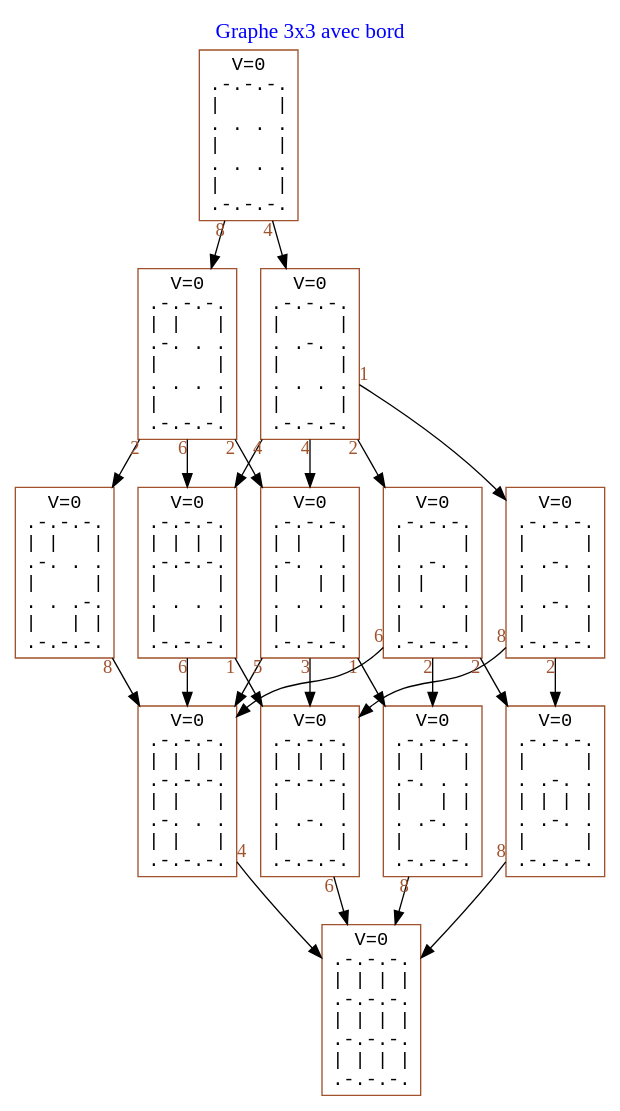
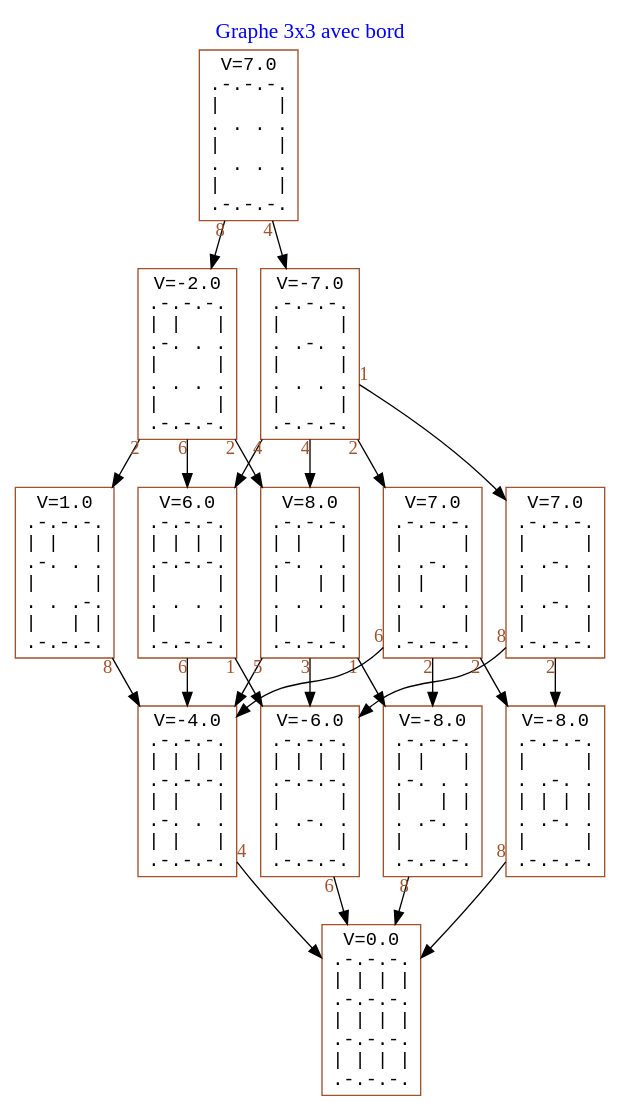
The diagram in autre/Graphe/Graphe_3x3_avec_bord.dot (Lumenol/Projet_Info), drawn with Graphviz before and after one commit. The commit also changed 9 other files, not shown here.

Commit message:
Génération des poids V et graph to pip

```diff
--- a/autre/Graphe/Graphe_3x3_avec_bord.dot
+++ b/autre/Graphe/Graphe_3x3_avec_bord.dot
@@ -1,57 +1,57 @@
 digraph default{graph[labelloc="t" fontsize=16 fontcolor="blue"
 label="Graphe 3x3 avec bord"]
 
 node [shape=box fontname = "Courier New" color="sienna"]
 edge [fontname = "Times" fontcolor="sienna"]
 
-0 [label="V=0\n.-.-.-.\n|     |\n. . . .\n|     |\n. . . .\n|     |\n.-.-.-.\n"]
+0 [label="V=7.0\n.-.-.-.\n|     |\n. . . .\n|     |\n. . . .\n|     |\n.-.-.-.\n"]
 0 -> 2 [taillabel="8"]
 0 -> 65 [taillabel="4"]
 
-2 [label="V=0\n.-.-.-.\n| |   |\n.-. . .\n|     |\n. . . .\n|     |\n.-.-.-.\n"]
+2 [label="V=-2.0\n.-.-.-.\n| |   |\n.-. . .\n|     |\n. . . .\n|     |\n.-.-.-.\n"]
 2 -> 29 [taillabel="2"]
 2 -> 4 [taillabel="6"]
 2 -> 51 [taillabel="2"]
 
-4 [label="V=0\n.-.-.-.\n| | | |\n.-.-.-.\n|     |\n. . . .\n|     |\n.-.-.-.\n"]
+4 [label="V=6.0\n.-.-.-.\n| | | |\n.-.-.-.\n|     |\n. . . .\n|     |\n.-.-.-.\n"]
 4 -> 15 [taillabel="1"]
 4 -> 6 [taillabel="6"]
 
-6 [label="V=0\n.-.-.-.\n| | | |\n.-.-.-.\n| |   |\n.-. . .\n| |   |\n.-.-.-.\n"]
+6 [label="V=-4.0\n.-.-.-.\n| | | |\n.-.-.-.\n| |   |\n.-. . .\n| |   |\n.-.-.-.\n"]
 6 -> 8 [taillabel="4"]
 
-8 [label="V=0\n.-.-.-.\n| | | |\n.-.-.-.\n| | | |\n.-.-.-.\n| | | |\n.-.-.-.\n"]
+8 [label="V=0.0\n.-.-.-.\n| | | |\n.-.-.-.\n| | | |\n.-.-.-.\n| | | |\n.-.-.-.\n"]
 
-15 [label="V=0\n.-.-.-.\n| | | |\n.-.-.-.\n|     |\n. .-. .\n|     |\n.-.-.-.\n"]
+15 [label="V=-6.0\n.-.-.-.\n| | | |\n.-.-.-.\n|     |\n. .-. .\n|     |\n.-.-.-.\n"]
 15 -> 8 [taillabel="6"]
 
-29 [label="V=0\n.-.-.-.\n| |   |\n.-. . .\n|   | |\n. . . .\n|     |\n.-.-.-.\n"]
+29 [label="V=8.0\n.-.-.-.\n| |   |\n.-. . .\n|   | |\n. . . .\n|     |\n.-.-.-.\n"]
 29 -> 15 [taillabel="3"]
 29 -> 6 [taillabel="5"]
 29 -> 36 [taillabel="1"]
 
-36 [label="V=0\n.-.-.-.\n| |   |\n.-. . .\n|   | |\n. .-. .\n|     |\n.-.-.-.\n"]
+36 [label="V=-8.0\n.-.-.-.\n| |   |\n.-. . .\n|   | |\n. .-. .\n|     |\n.-.-.-.\n"]
 36 -> 8 [taillabel="8"]
 
-51 [label="V=0\n.-.-.-.\n| |   |\n.-. . .\n|     |\n. . .-.\n|   | |\n.-.-.-.\n"]
+51 [label="V=1.0\n.-.-.-.\n| |   |\n.-. . .\n|     |\n. . .-.\n|   | |\n.-.-.-.\n"]
 51 -> 6 [taillabel="8"]
 
-65 [label="V=0\n.-.-.-.\n|     |\n. .-. .\n|     |\n. . . .\n|     |\n.-.-.-.\n"]
+65 [label="V=-7.0\n.-.-.-.\n|     |\n. .-. .\n|     |\n. . . .\n|     |\n.-.-.-.\n"]
 65 -> 94 [taillabel="1"]
 65 -> 29 [taillabel="4"]
 65 -> 4 [taillabel="4"]
 65 -> 71 [taillabel="2"]
 
-71 [label="V=0\n.-.-.-.\n|     |\n. .-. .\n| |   |\n. . . .\n|     |\n.-.-.-.\n"]
+71 [label="V=7.0\n.-.-.-.\n|     |\n. .-. .\n| |   |\n. . . .\n|     |\n.-.-.-.\n"]
 71 -> 6 [taillabel="6"]
 71 -> 77 [taillabel="2"]
 71 -> 36 [taillabel="2"]
 
-77 [label="V=0\n.-.-.-.\n|     |\n. .-. .\n| | | |\n. .-. .\n|     |\n.-.-.-.\n"]
+77 [label="V=-8.0\n.-.-.-.\n|     |\n. .-. .\n| | | |\n. .-. .\n|     |\n.-.-.-.\n"]
 77 -> 8 [taillabel="8"]
 
-94 [label="V=0\n.-.-.-.\n|     |\n. .-. .\n|     |\n. .-. .\n|     |\n.-.-.-.\n"]
+94 [label="V=7.0\n.-.-.-.\n|     |\n. .-. .\n|     |\n. .-. .\n|     |\n.-.-.-.\n"]
 94 -> 15 [taillabel="8"]
 94 -> 77 [taillabel="2"]
 
 }
```
